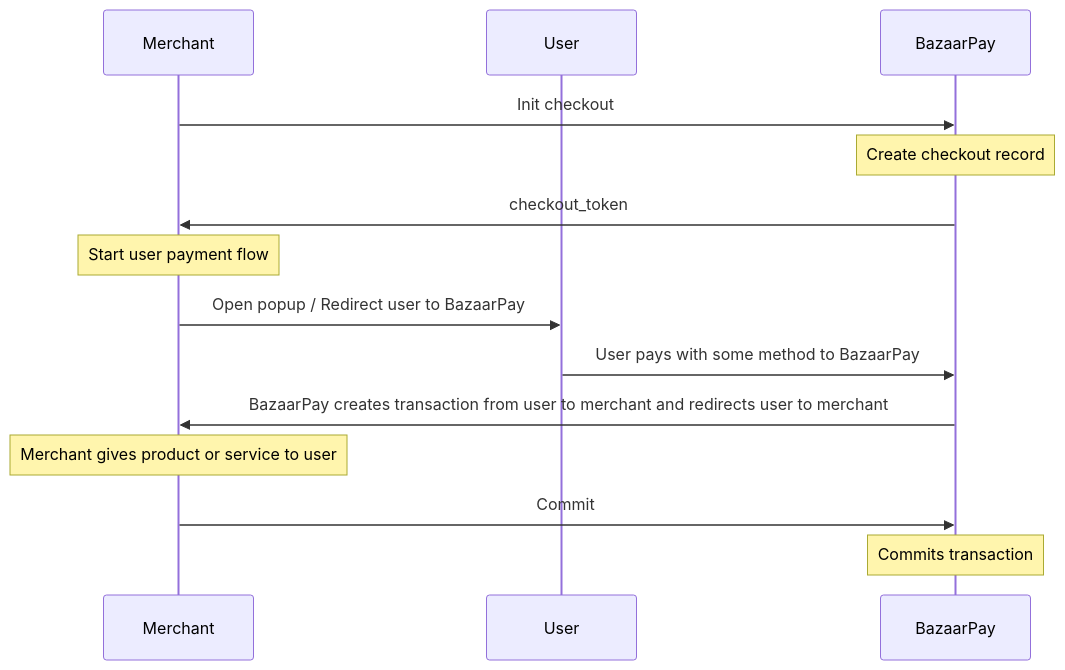
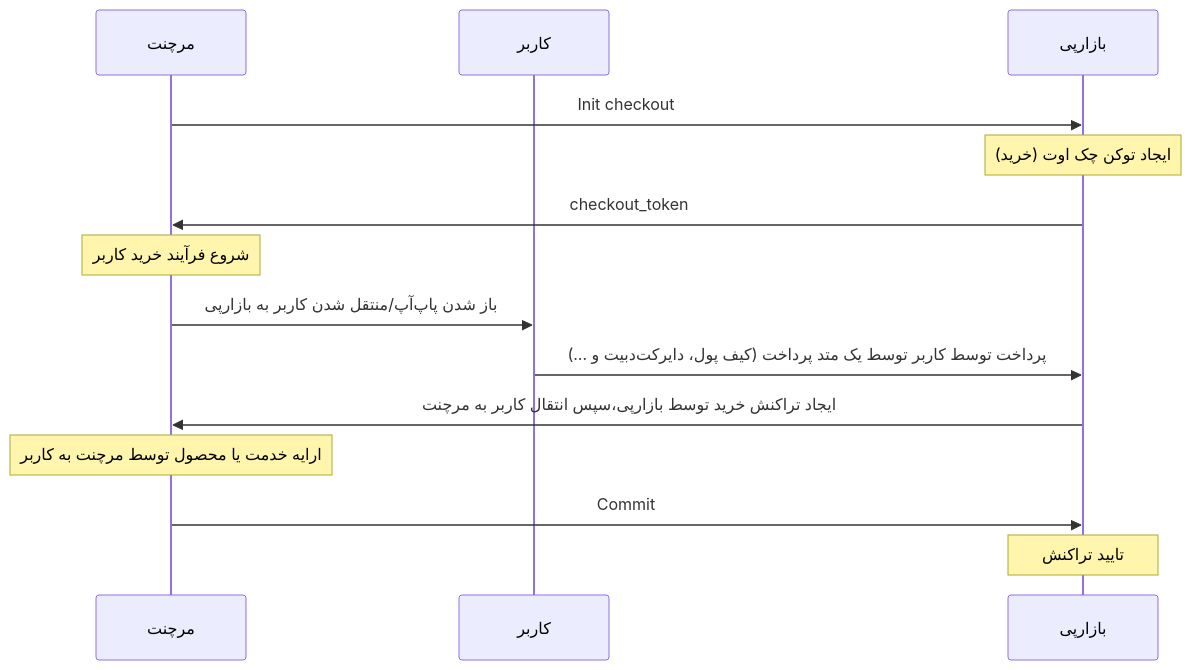
Before and after one commit to BazaarPay/Docs: the diagram in fa/README.md, drawn with Mermaid.

Commit message:
translate diagram to persian

````diff
--- a/fa/README.md
+++ b/fa/README.md
@@ -1,19 +1,19 @@
 ```mermaid
 sequenceDiagram
-    participant Merchant
-    participant User
-    participant BazaarPay
+    participant مرچنت
+    participant کاربر
+    participant بازارپی
 
-    Merchant ->> BazaarPay: Init checkout
-    Note over BazaarPay: Create checkout record
-    BazaarPay ->> Merchant: checkout_token
+    مرچنت ->> بازارپی: Init checkout
+    Note over بازارپی: ایجاد توکن چک اوت (خرید)
+    بازارپی ->> مرچنت: checkout_token
 
-    Note over Merchant: Start user payment flow
-    Merchant ->> User: Open popup / Redirect user to BazaarPay
-    User ->> BazaarPay: User pays with some method to BazaarPay
-    BazaarPay ->> Merchant: BazaarPay creates transaction from user to merchant and redirects user to merchant
+    Note over مرچنت: شروع فرآیند خرید کاربر
+    مرچنت ->> کاربر: باز شدن پاپ‌آپ/منتقل شدن کاربر به بازارپی
+    کاربر ->> بازارپی: پرداخت توسط کاربر توسط یک متد پرداخت (کیف پول، دایرکت‌دبیت و ...)
+    بازارپی ->> مرچنت: ایجاد تراکنش خرید توسط بازارپی،‌سپس انتقال کاربر به مرچنت
 
-    Note over Merchant: Merchant gives product or service to user
-    Merchant ->> BazaarPay: Commit
-    Note over BazaarPay: Commits transaction
+    Note over مرچنت: ارایه خدمت یا محصول توسط مرچنت به کاربر
+    مرچنت ->> بازارپی: Commit
+    Note over بازارپی: تایید تراکنش
 ```
````
